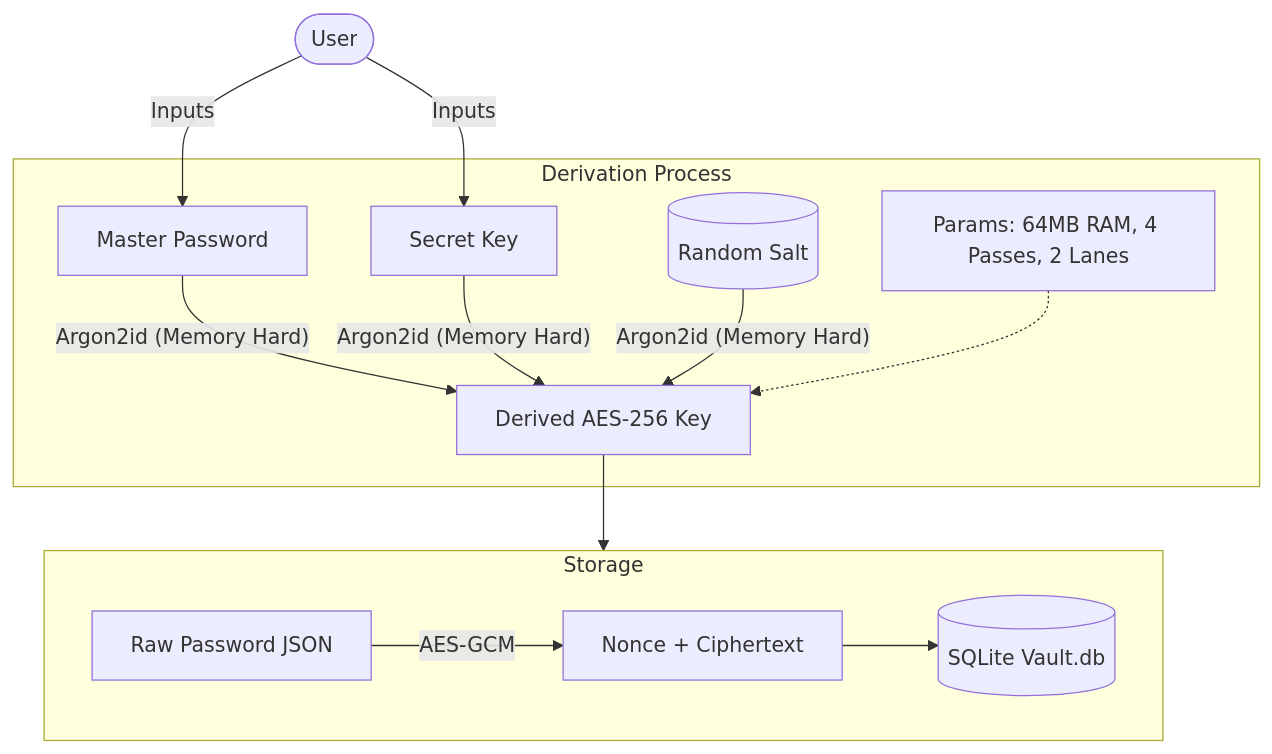
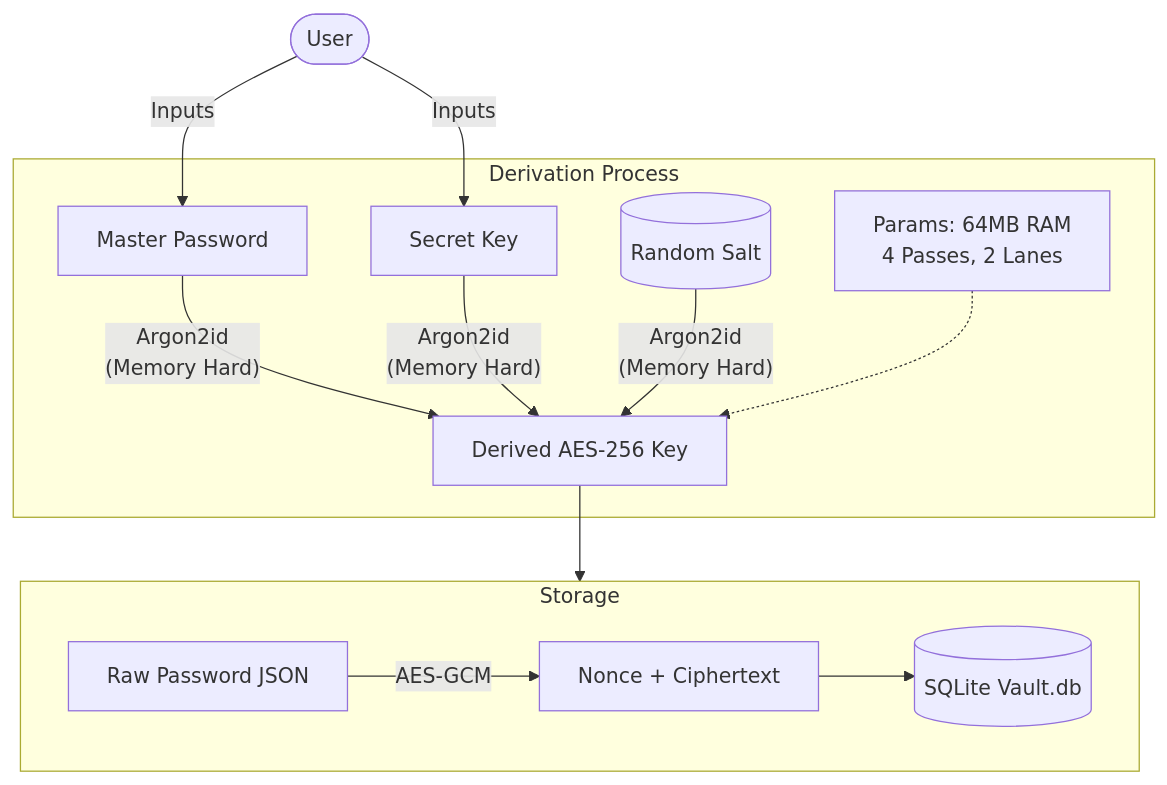
Before and after one commit to truedaniyyel/python-cli-password-manager: the second of 2 diagrams in README.md, drawn with Mermaid.

Commit message:
added line brake for Security Architecture mermaid

````diff
--- a/README.md
+++ b/README.md
@@ -45,21 +45,20 @@
 ```mermaid
 flowchart TD
     User([User]) -->|Inputs| MP[Master Password]
     User -->|Inputs| SK[Secret Key]
     
     subgraph Key_Derivation [Derivation Process]
         Salt[(Random Salt)]
-        %% 1. Added quotes to "Argon2id..." to prevent special character errors
-        MP & SK & Salt -->|"Argon2id (Memory Hard)"| DK[Derived AES-256 Key]
         
-        %% 2. Fixed Cycle Error: Point to 'DK' (the node) instead of 'Key_Derivation' (the group)
-        note[Params: 64MB RAM, 4 Passes, 2 Lanes] -.-> DK
+        MP & SK & Salt -->|"Argon2id<br/>(Memory Hard)"| DK[Derived AES-256 Key]
+        
+        note["Params: 64MB RAM<br/>4 Passes, 2 Lanes"] -.-> DK
     end
 
     subgraph Encryption_Process [Storage]
         Data[Raw Password JSON] -->|AES-GCM| Encrypted[Nonce + Ciphertext]
         Encrypted --> DB[(SQLite Vault.db)]
     end
 
     DK --> Encryption_Process
 ```
````
